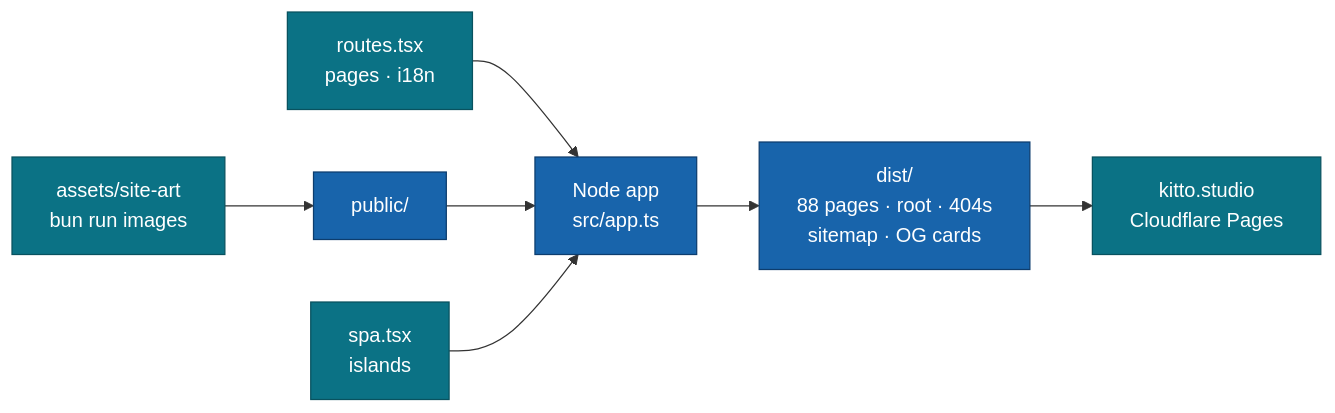
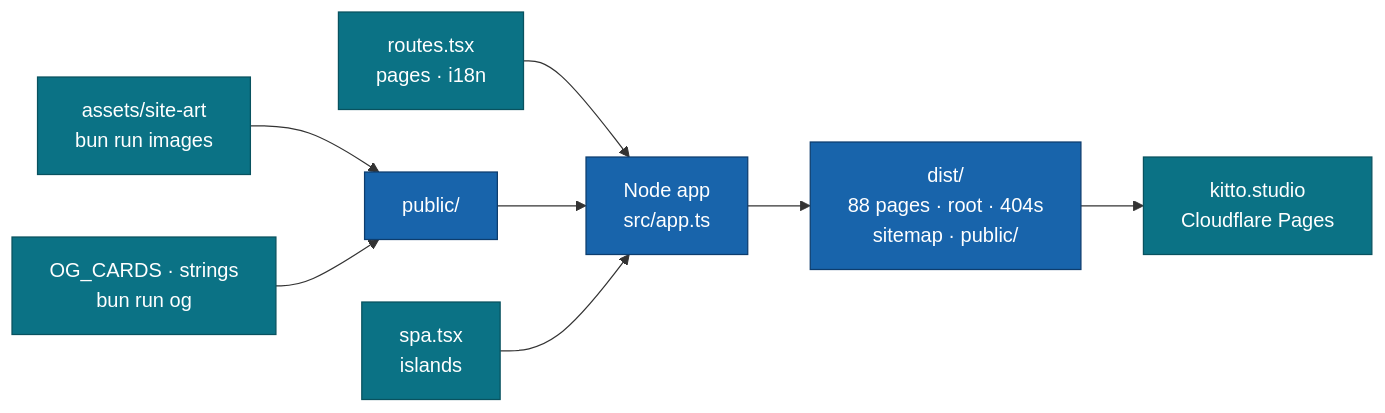
The diagram in README.md (kitto-studio/site), drawn with Mermaid before and after one commit. The commit also changed other lines of this file and 5 other files, not shown here.

First line of the commit message:
test(og): fail on a stale card; docs for bun run og

````diff
--- a/README.md
+++ b/README.md
@@ -56,13 +56,14 @@
 ```mermaid
 flowchart LR
   R["routes.tsx<br/>pages · i18n"] --> B["Node app<br/>src/app.ts"]
   A["assets/site-art<br/>bun run images"] --> P["public/"]
+  O["OG_CARDS · strings<br/>bun run og"] --> P
   P --> B
   S["spa.tsx<br/>islands"] --> B
-  B --> D["dist/<br/>88 pages · root · 404s<br/>sitemap · OG cards"]
+  B --> D["dist/<br/>88 pages · root · 404s<br/>sitemap · public/"]
   D --> C["kitto.studio<br/>Cloudflare Pages"]
   classDef u fill:#0b7285,stroke:#08525f,color:#fff;
   classDef m fill:#1864ab,stroke:#0d3d6e,color:#fff;
-  class R,A,S,C u
+  class R,A,O,S,C u
   class B,P,D m
 ```
````
